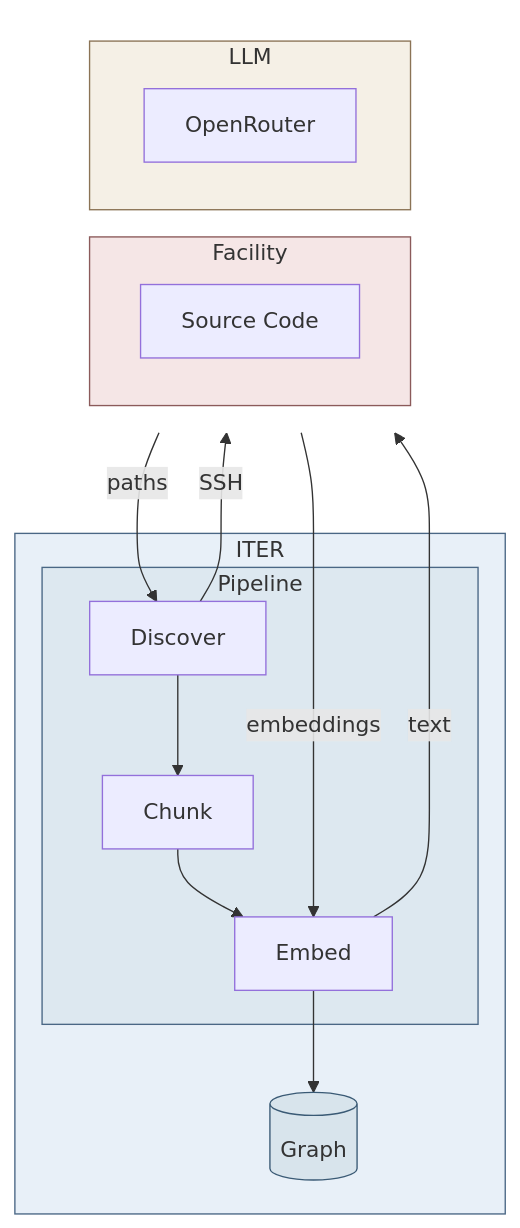
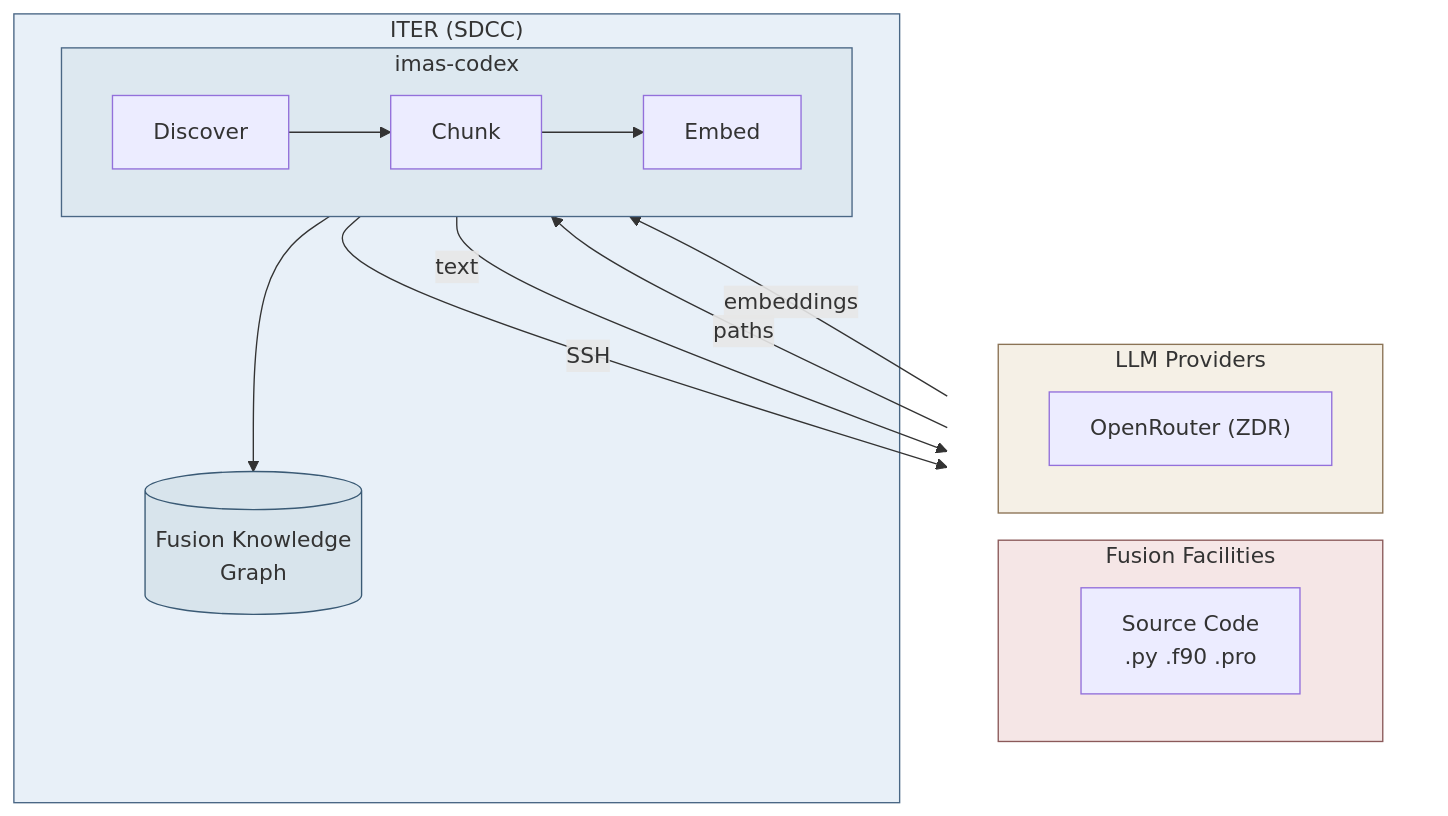
Before and after one commit to iterorganization/imas-mcp: the third of 5 diagrams in docs/architecture/facility-access.md, drawn with Mermaid. The commit also changed other lines of this file, not shown here.

First line of the commit message:
docs: tighten pipeline diagrams to match hero style

````diff
--- a/docs/architecture/facility-access.md
+++ b/docs/architecture/facility-access.md
@@ -127,36 +127,38 @@
 ```mermaid
 flowchart TB
     subgraph TOP[" "]
         direction LR
-        subgraph FAC["Facility"]
-            CODE["Source Code"]
+        subgraph FAC["Fusion Facilities"]
+            CODE["Source Code
+.py .f90 .pro"]
         end
-        subgraph LLM["LLM"]
-            L["OpenRouter"]
+        subgraph LLM["LLM Providers"]
+            L["OpenRouter (ZDR)"]
         end
     end
 
-    subgraph ITER["ITER"]
-        subgraph PIPE["Pipeline"]
+    subgraph ITER["ITER (SDCC)"]
+        subgraph BUILD["imas-codex"]
+            direction LR
             DISCOVER["Discover"]
             CHUNK["Chunk"]
             EMBED["Embed"]
         end
-        GRAPH[("Graph")]
+        GRAPH[("Fusion Knowledge
+Graph")]
     end
 
     CODE -- "paths" --> DISCOVER
     DISCOVER -- "SSH" --> CODE
-    DISCOVER --> CHUNK
-    CHUNK --> EMBED
     EMBED --> GRAPH
     L -- "embeddings" --> EMBED
     EMBED -- "text" --> L
+    DISCOVER --> CHUNK --> EMBED
 
     style TOP fill:none,stroke:none
     style FAC fill:#f5e6e6,stroke:#8b5a5a
+    style LLM fill:#f5f0e6,stroke:#8b7355
     style ITER fill:#e8f0f8,stroke:#4a6785
-    style PIPE fill:#dde8f0,stroke:#4a6785
-    style LLM fill:#f5f0e6,stroke:#8b7355
+    style BUILD fill:#dde8f0,stroke:#4a6785
     style GRAPH fill:#d8e4ec,stroke:#3a5a75
 ```
````
